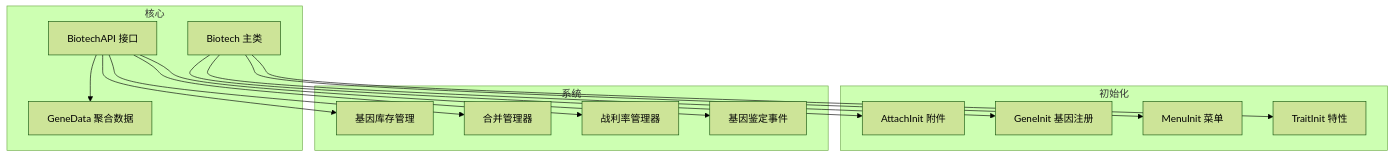
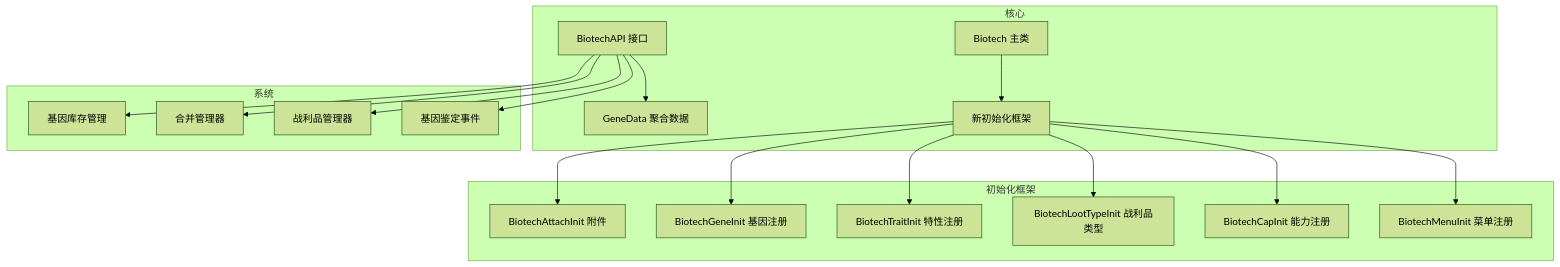
The first of 10 diagrams in .qoder/repowiki/zh/content/模块架构/Biotech基因科技模块/Biotech基因科技模块.md (Ver-shift/SubModulesGeneHunter), drawn with Mermaid (forest theme) before and after one commit. The commit also changed other lines of this file and 42 other files, not shown here.

````diff
--- a/.qoder/repowiki/zh/content/模块架构/Biotech基因科技模块/Biotech基因科技模块.md
+++ b/.qoder/repowiki/zh/content/模块架构/Biotech基因科技模块/Biotech基因科技模块.md
@@ -42,29 +45,35 @@
 ```mermaid
 graph TB
 subgraph "核心"
 BT["Biotech 主类"]
 API["BiotechAPI 接口"]
 GD["GeneData 聚合数据"]
+END["新初始化框架"]
 end
-subgraph "初始化"
-AI["AttachInit 附件"]
-GI["GeneInit 基因注册"]
-MI["MenuInit 菜单"]
-TI["TraitInit 特性"]
+subgraph "初始化框架"
+AI["BiotechAttachInit 附件"]
+GI["BiotechGeneInit 基因注册"]
+TI["BiotechTraitInit 特性注册"]
+LI["BiotechLootTypeInit 战利品类型"]
+CI["BiotechCapInit 能力注册"]
+MI["BiotechMenuInit 菜单注册"]
 end
 subgraph "系统"
 INV["基因库存管理"]
 MERGE["合并管理器"]
-LOOT["战利率管理器"]
+LOOT["战利品管理器"]
 EVT["基因鉴定事件"]
 end
-BT --> AI
-BT --> GI
-BT --> MI
-BT --> TI
+BT --> END
+END --> AI
+END --> GI
+END --> TI
+END --> LI
+END --> CI
+END --> MI
 API --> INV
 API --> MERGE
 API --> LOOT
 API --> EVT
 API --> GD
 ```
````
